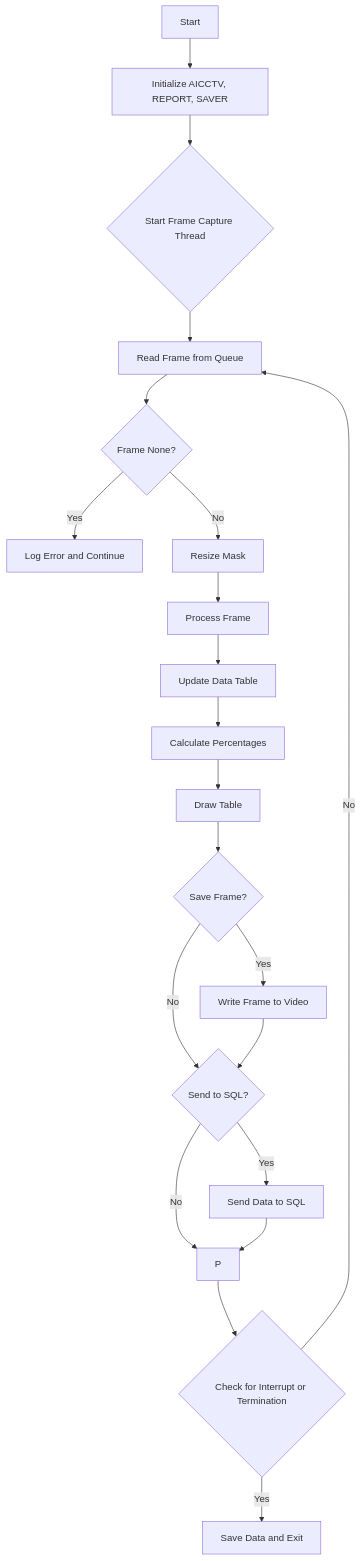
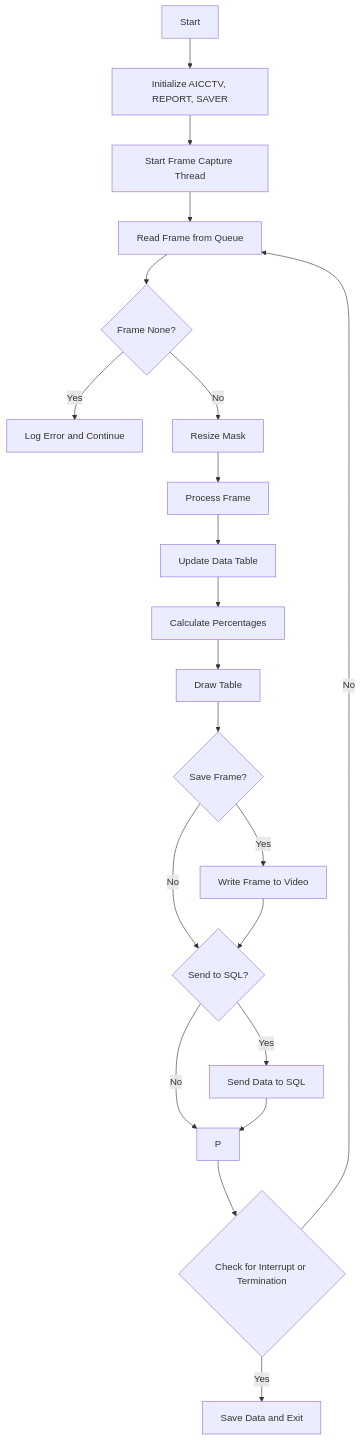
Before and after one commit to Troppo99/AI_CCTV: the diagram in src/pipeline.md, drawn with Mermaid. The commit also changed 2 other files, not shown here.

```diff
--- a/src/pipeline.md
+++ b/src/pipeline.md
@@ -1,23 +1,24 @@
 ::: mermaid
 graph TD;
     A[Start] --> B[Initialize AICCTV, REPORT, SAVER]
-    B --> C{Start Frame Capture Thread}
+    B --> C[Start Frame Capture Thread]
     C --> D[Read Frame from Queue]
     D --> E{Frame None?}
     E -- Yes --> F[Log Error and Continue]
     E -- No --> G[Resize Mask]
     G --> H[Process Frame]
     H --> I[Update Data Table]
     I --> J[Calculate Percentages]
     J --> K[Draw Table]
     K --> L{Save Frame?}
     L -- Yes --> M[Write Frame to Video]
     L -- No --> N
     M --> N{Send to SQL?}
     N -- Yes --> O[Send Data to SQL]
     N -- No --> P
     O --> P
     P --> Q{Check for Interrupt or Termination}
     Q -- Yes --> R[Save Data and Exit]
     Q -- No --> D
+    
 :::
```
